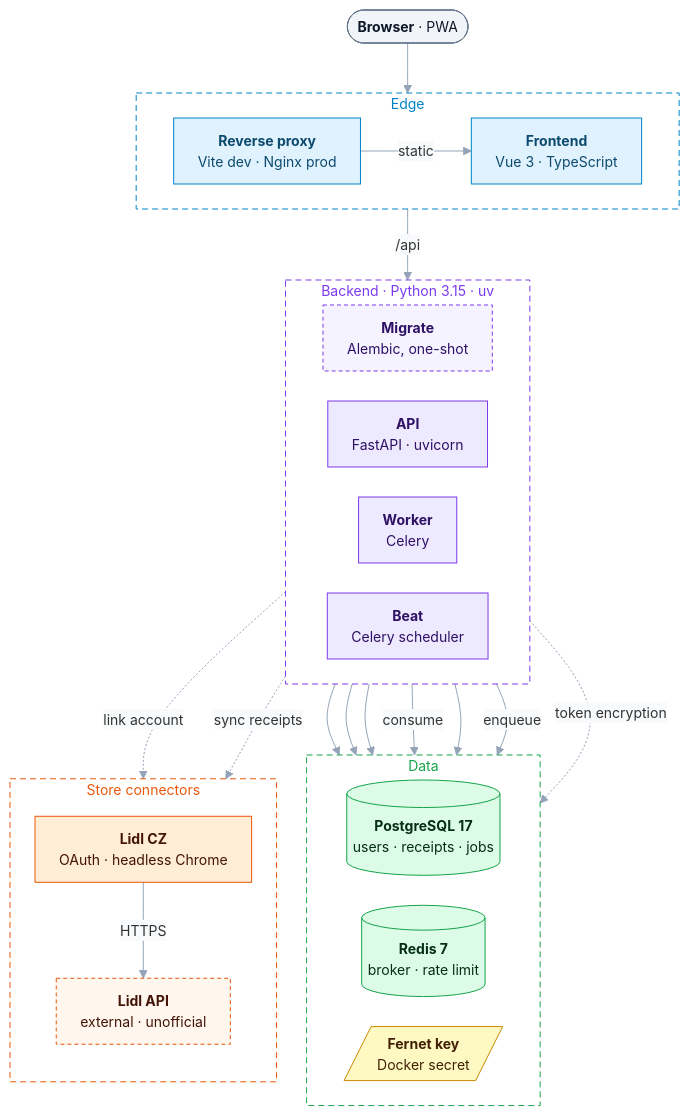
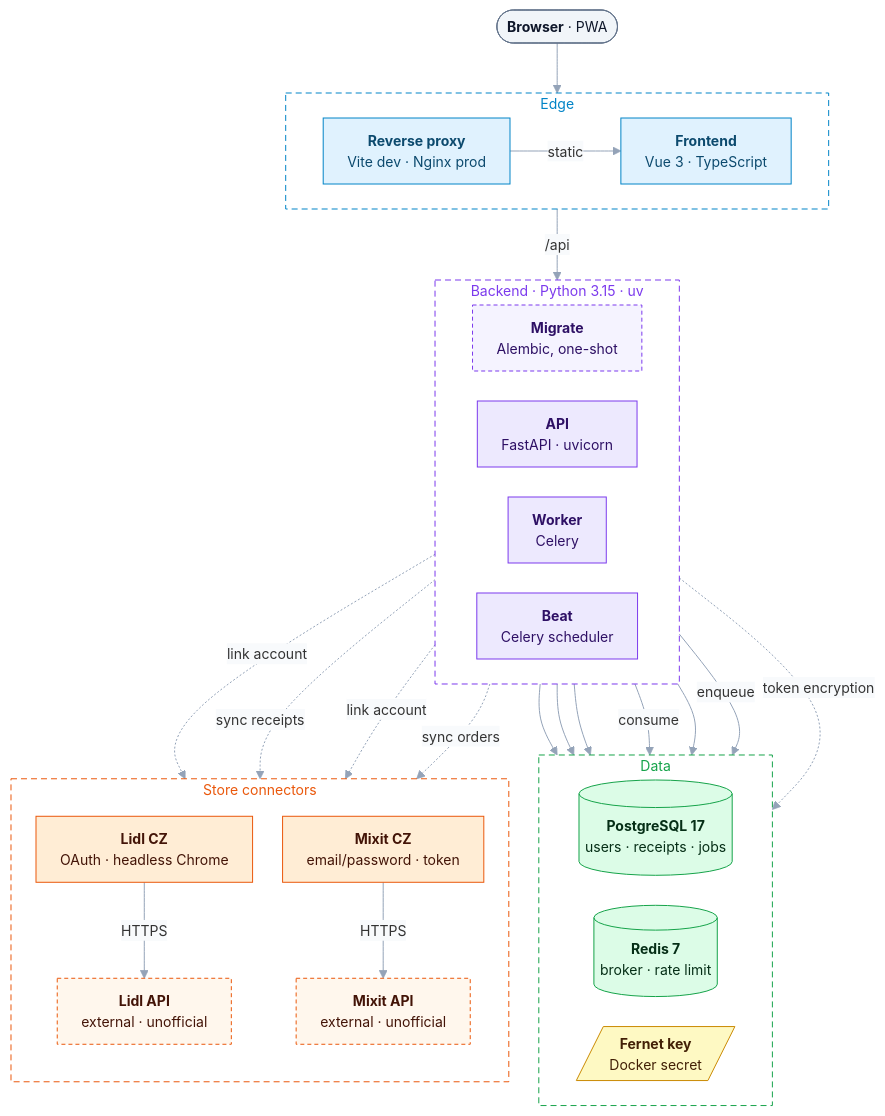
One commit to stecik/cartalytix changed the diagram in README.md. Above: the diagram before and after it, drawn with Mermaid. The commit also changed other lines of this file and 39 other files, not shown here.

````diff
--- a/README.md
+++ b/README.md
@@ -17,58 +20,63 @@
 ```mermaid
 %%{init: {"theme": "base", "themeVariables": {"fontSize": "14px", "lineColor": "#94a3b8", "edgeLabelBackground": "#f8fafc"}, "flowchart": {"curve": "basis", "nodeSpacing": 30, "rankSpacing": 50, "padding": 12}}}%%
 flowchart TB
     user(["<b>Browser</b> · PWA"]):::client
 
     subgraph edge["Edge"]
         direction LR
         proxy["<b>Reverse proxy</b><br/>Vite dev · Nginx prod"]:::web
         frontend["<b>Frontend</b><br/>Vue 3 · TypeScript"]:::web
     end
 
     subgraph backend["Backend · Python 3.15 · uv"]
         direction LR
         migrate["<b>Migrate</b><br/>Alembic, one-shot"]:::job
         api["<b>API</b><br/>FastAPI · uvicorn"]:::svc
         worker["<b>Worker</b><br/>Celery"]:::svc
         beat["<b>Beat</b><br/>Celery scheduler"]:::svc
     end
 
     subgraph data["Data"]
         direction LR
         pg[("<b>PostgreSQL 17</b><br/>users · receipts · jobs")]:::db
         redis[("<b>Redis 7</b><br/>broker · rate limit")]:::db
         key[/"<b>Fernet key</b><br/>Docker secret"/]:::secret
     end
 
     subgraph connectors["Store connectors"]
         direction TB
         lidl["<b>Lidl CZ</b><br/>OAuth · headless Chrome"]:::conn
         lidlapi["<b>Lidl API</b><br/>external · unofficial"]:::ext
+        mixit["<b>Mixit CZ</b><br/>email/password · token"]:::conn
+        mixitapi["<b>Mixit API</b><br/>external · unofficial"]:::ext
     end
 
     user --> proxy
     proxy -- static --> frontend
     proxy -- /api --> api
     migrate --> pg
     api --> pg & redis
     worker -- consume --> redis
     worker --> pg
     beat -- enqueue --> redis
     backend -. token encryption .-> key
     api -. link account .-> lidl
     worker -. sync receipts .-> lidl
     lidl -- HTTPS --> lidlapi
+    api -. link account .-> mixit
+    worker -. sync orders .-> mixit
+    mixit -- HTTPS --> mixitapi
 
     classDef client fill:#f1f5f9,stroke:#64748b,color:#0f172a
     classDef web fill:#e0f2fe,stroke:#0284c7,color:#0c4a6e
     classDef svc fill:#ede9fe,stroke:#7c3aed,color:#2e1065
     classDef job fill:#f5f3ff,stroke:#7c3aed,color:#2e1065,stroke-dasharray:4 3
     classDef conn fill:#ffedd5,stroke:#ea580c,color:#431407
     classDef ext fill:#fff7ed,stroke:#ea580c,color:#431407,stroke-dasharray:4 3
     classDef db fill:#dcfce7,stroke:#16a34a,color:#052e16
     classDef secret fill:#fef9c3,stroke:#ca8a04,color:#422006
     style edge fill:none,stroke:#0284c7,stroke-dasharray:6 4,color:#0284c7
     style backend fill:none,stroke:#7c3aed,stroke-dasharray:6 4,color:#7c3aed
     style data fill:none,stroke:#16a34a,stroke-dasharray:6 4,color:#16a34a
     style connectors fill:none,stroke:#ea580c,stroke-dasharray:6 4,color:#ea580c
 ```
````
